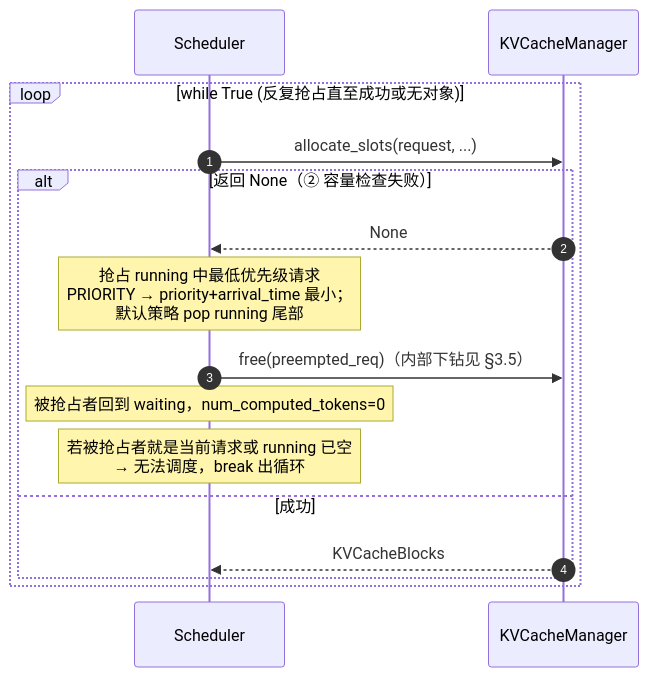
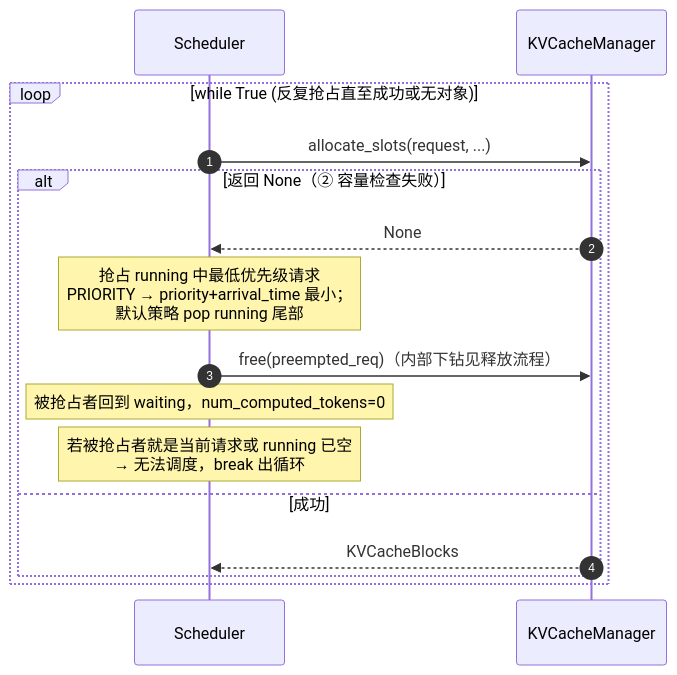
The ninth of 9 diagrams in vllm/v1/core/kvcache_docs/0_end_to_end_sequence.md (GoCHug/vllm), drawn with Mermaid before and after one commit. The commit also changed other lines of this file and 4 other files, not shown here.

````diff
--- a/vllm/v1/core/kvcache_docs/0_end_to_end_sequence.md
+++ b/vllm/v1/core/kvcache_docs/0_end_to_end_sequence.md
@@ -443,19 +441,19 @@
 ```mermaid
 %%{init: {"themeVariables": {"actorFontSize": "11px", "messageFontSize": "11px", "noteFontSize": "11px"}, "sequence": {"actorMargin": 40, "messageMargin": 16, "noteMargin": 8, "boxMargin": 8, "mirrorActors": true}}}%%
 sequenceDiagram
     autonumber
     participant Scheduler
     participant KVCacheManager
     loop while True   (反复抢占直至成功或无对象)
         Scheduler->>KVCacheManager: allocate_slots(request, ...)
         alt 返回 None（② 容量检查失败）
             KVCacheManager-->>Scheduler: None
             Note over Scheduler: 抢占 running 中最低优先级请求<br/>PRIORITY → priority+arrival_time 最小；<br/>默认策略 pop running 尾部
-            Scheduler->>KVCacheManager: free(preempted_req)（内部下钻见 §3.5）
+            Scheduler->>KVCacheManager: free(preempted_req)（内部下钻见释放流程）
             Note over Scheduler: 被抢占者回到 waiting，num_computed_tokens=0
             Note over Scheduler: 若被抢占者就是当前请求或 running 已空<br/>→ 无法调度，break 出循环
         else 成功
             KVCacheManager-->>Scheduler: KVCacheBlocks
         end
     end
 ```
````
